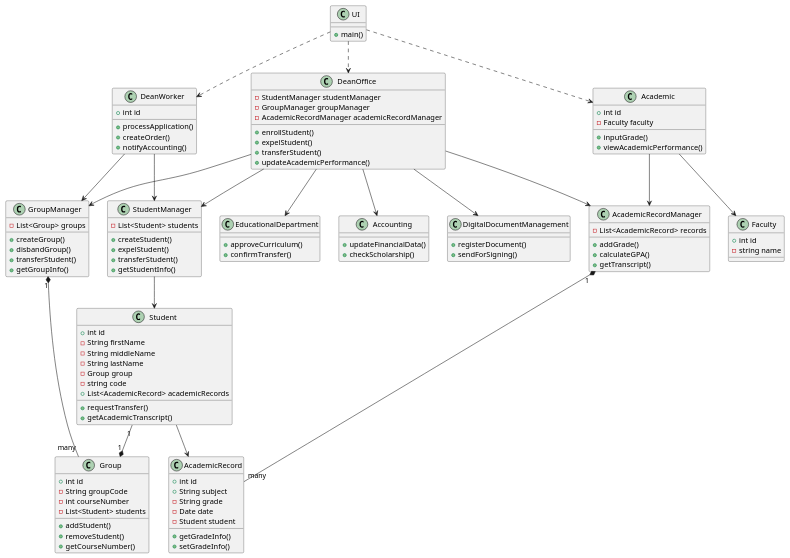
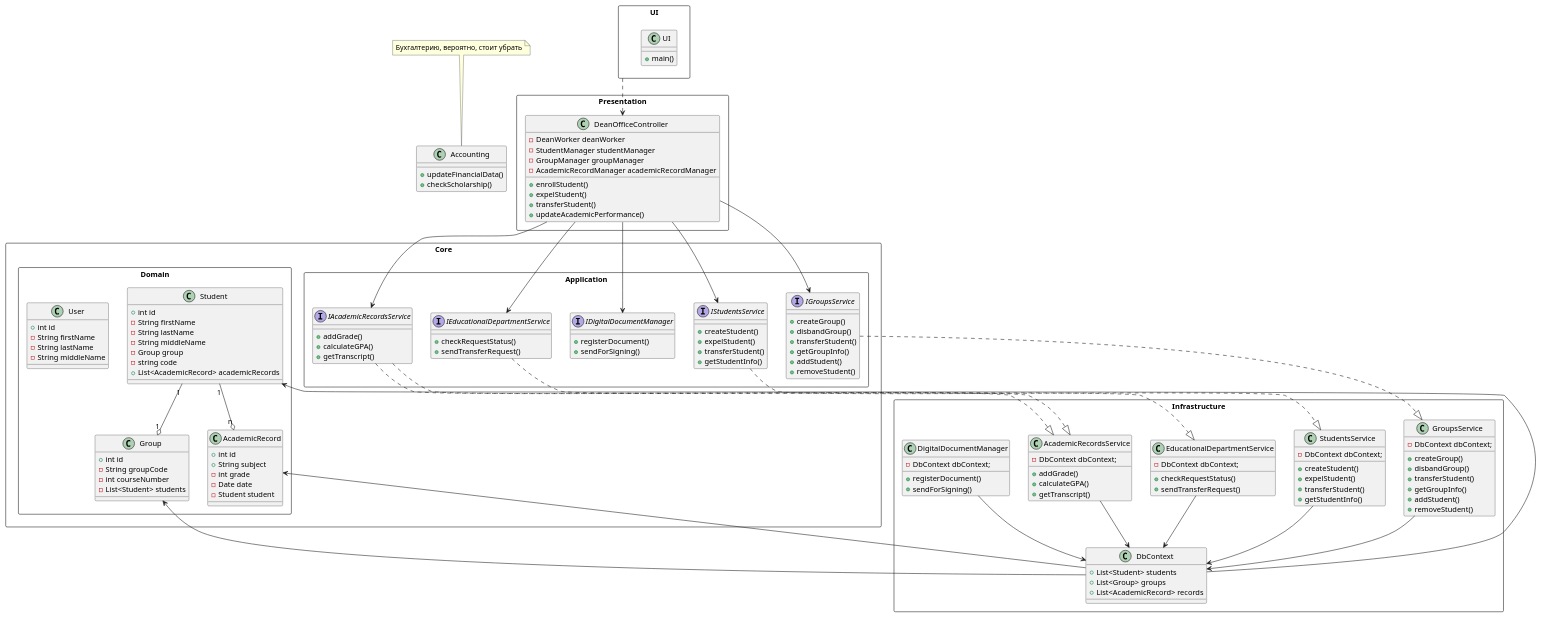
One commit to penamarth/bsbo-01-23_team3_var4_dekanat changed the diagram in Модель предметной области.md. Above: the diagram before and after it, drawn with PlantUML.

Commit message:
Обновлена диаграмма классов - Объекты разделены на слои в соответствии с принципами чистой архитектуры - Удалены лишние сущности, методы и сервисы

````diff
--- a/Модель предметной области.md
+++ b/Модель предметной области.md
@@ -1,132 +1,170 @@
 ```plantuml
 @startuml
-class UI {
-  + main()
-}
-
-class DeanOffice {
-  - StudentManager studentManager
-  - GroupManager groupManager
-  - AcademicRecordManager academicRecordManager
-  + enrollStudent()
-  + expelStudent()
-  + transferStudent()
-  + updateAcademicPerformance()
-}
-
-class StudentManager {
-  - List<Student> students
-  + createStudent()
-  + expelStudent()
-  + transferStudent()
-  + getStudentInfo()
-}
-
-class GroupManager {
-  - List<Group> groups
-  + createGroup()
-  + disbandGroup()
-  + transferStudent()
-  + getGroupInfo()
-}
-
-class AcademicRecordManager {
-  - List<AcademicRecord> records
-  + addGrade()
-  + calculateGPA()
-  + getTranscript()
-}
-
-class Student {
-  + int id
-  - String firstName
-  - String middleName
-  - String lastName
-  - Group group
-  - string code
-  + List<AcademicRecord> academicRecords
-  + requestTransfer()
-  + getAcademicTranscript()
-}
-
-class Group {
-  + int id
-  - String groupCode
-  - int courseNumber
-  - List<Student> students
-  + addStudent()
-  + removeStudent()
-  + getCourseNumber()
-}
-
-class AcademicRecord {
-  + int id
-  + String subject
-  - String grade
-  - Date date
-  - Student student
-  + getGradeInfo()
-  + setGradeInfo()
-}
-
-class Academic {
-  + int id
-  - Faculty faculty
-  + inputGrade()
-  + viewAcademicPerformance()
-}
-
-class Faculty {
-  + int id
-  - string name
-}
-
-class DeanWorker {
-  + int id
-  + processApplication()
-  + createOrder()
-  + notifyAccounting()
-}
-
-
-class EducationalDepartment {
-  + approveCurriculum()
-  + confirmTransfer()
-}
-
 class Accounting {
   + updateFinancialData()
   + checkScholarship()
 }
+note top of Accounting : Бухгалтерию, вероятно, стоит убрать
 
-class DigitalDocumentManagement {
-  + registerDocument()
-  + sendForSigning()
+package Core <<Rectangle>> {
+  package Domain <<Rectangle>> {
+    class Group {
+      + int id
+      - String groupCode
+      - int courseNumber
+      - List<Student> students
+    }
+  
+    class Student {
+      + int id
+      - String firstName
+      - String lastName
+      - String middleName
+      - Group group
+      - string code
+      + List<AcademicRecord> academicRecords
+    }
+  
+    class User {
+      + int id
+      - String firstName
+      - String lastName
+      - String middleName
+    }
+  
+    class AcademicRecord {
+      + int id
+      + String subject
+      - int grade
+      - Date date
+      - Student student
+    }
+  }
+  
+  package Application <<Rectangle>> {
+    interface IAcademicRecordsService {
+      + addGrade()
+      + calculateGPA()
+      + getTranscript()
+    }
+
+    interface IEducationalDepartmentService {
+      + checkRequestStatus()
+      + sendTransferRequest()
+    }
+
+    interface IGroupsService {
+      + createGroup()
+      + disbandGroup()
+      + transferStudent()
+      + getGroupInfo()
+      + addStudent()
+      + removeStudent()
+    }
+
+    interface IDigitalDocumentManager {
+      + registerDocument()
+      + sendForSigning()
+    }
+
+    interface IStudentsService {
+      + createStudent()
+      + expelStudent()
+      + transferStudent()
+      + getStudentInfo()
+    }
+  }
 }
 
-UI ..> DeanWorker
-UI ..> Academic
-UI ..> DeanOffice
+package Infrastructure <<Rectangle>> {
+  class DbContext {
+    + List<Student> students
+    + List<Group> groups
+    + List<AcademicRecord> records
+  }
 
-DeanOffice --> StudentManager
-DeanOffice --> GroupManager
-DeanOffice --> AcademicRecordManager
+  class AcademicRecordsService {
+    - DbContext dbContext;
+    + addGrade()
+    + calculateGPA()
+    + getTranscript()
+  }
 
-StudentManager --> Student
-GroupManager "1" *-- "many" Group
-AcademicRecordManager "1" *-- "many" AcademicRecord
+  class EducationalDepartmentService {
+    - DbContext dbContext;
+    + checkRequestStatus()
+    + sendTransferRequest()
+  }
 
-Student "1" --* "1" Group
-Student --> AcademicRecord
+  class GroupsService {
+    - DbContext dbContext;
+    + createGroup()
+    + disbandGroup()
+    + transferStudent()
+    + getGroupInfo()
+    + addStudent()
+    + removeStudent()
+  }
 
-Academic --> AcademicRecordManager
-Academic --> Faculty
+  class DigitalDocumentManager {
+    - DbContext dbContext;
+    + registerDocument()
+    + sendForSigning()
+  }
 
-DeanWorker --> StudentManager
-DeanWorker --> GroupManager
+  class StudentsService {
+    - DbContext dbContext;
+    + createStudent()
+    + expelStudent()
+    + transferStudent()
+    + getStudentInfo()
+  }
+}
 
-DeanOffice --> EducationalDepartment
-DeanOffice --> Accounting
-DeanOffice --> DigitalDocumentManagement
+package Presentation <<Rectangle>> {
+  class DeanOfficeController {
+    - DeanWorker deanWorker
+    - StudentManager studentManager
+    - GroupManager groupManager
+    - AcademicRecordManager academicRecordManager
+    + enrollStudent()
+    + expelStudent()
+    + transferStudent()
+    + updateAcademicPerformance()
+  }
+}
+
+package UI <<Rectangle>> {
+    class UI {
+    + main()
+  }
+}
+
+UI ..> DeanOfficeController
+
+DeanOfficeController --> IStudentsService
+DeanOfficeController --> IGroupsService
+DeanOfficeController --> IAcademicRecordsService
+DeanOfficeController --> IEducationalDepartmentService
+DeanOfficeController --> IDigitalDocumentManager
+
+IAcademicRecordsService ..|> AcademicRecordsService
+IEducationalDepartmentService ..|> EducationalDepartmentService
+IGroupsService ..|> GroupsService
+IAcademicRecordsService ..|> AcademicRecordsService
+IStudentsService ..|> StudentsService
+
+AcademicRecordsService --> DbContext
+EducationalDepartmentService --> DbContext
+GroupsService --> DbContext
+DigitalDocumentManager --> DbContext
+StudentsService --> DbContext
+
+DbContext --> Student
+DbContext --> Group
+DbContext --> AcademicRecord
+
+Student "1" --o "1" Group
+Student "1" --o "n" AcademicRecord
 @enduml
 ```
````
